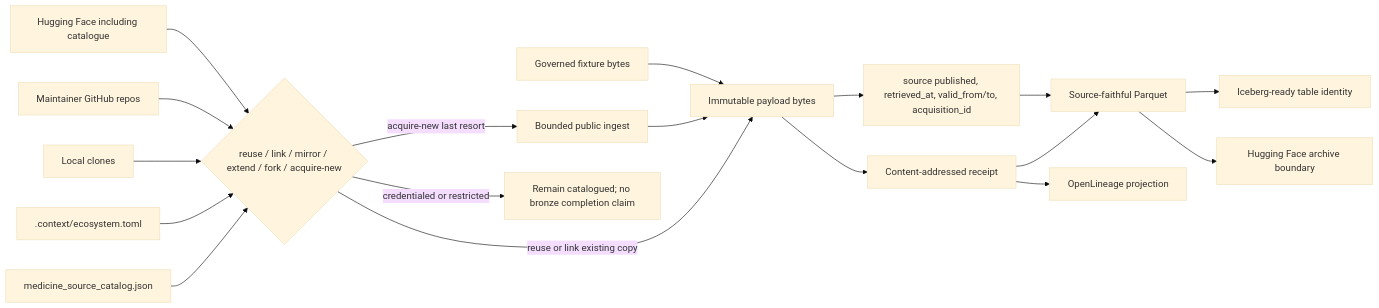
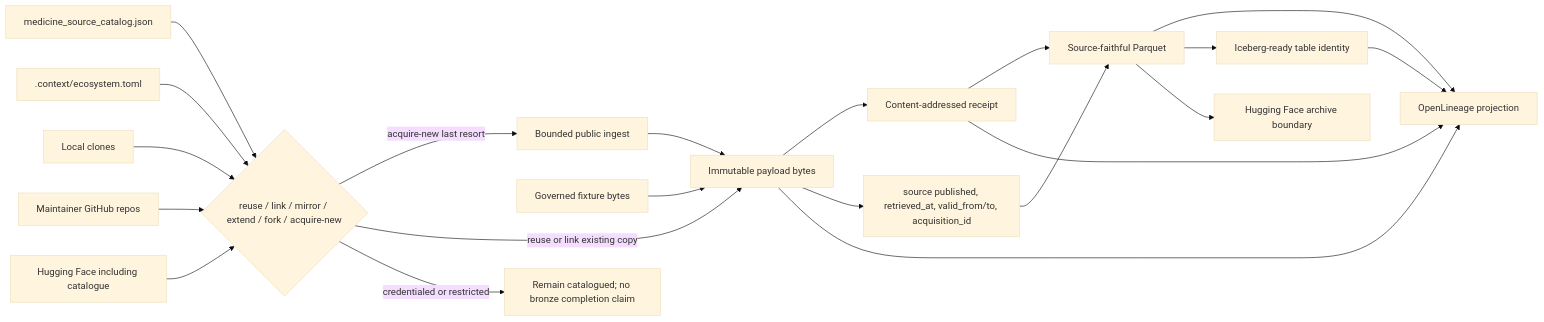
Diagram 16 of 18 in conductor/design.md (edithatogo/global-medicines-atlas), drawn with Mermaid (base theme) before and after one commit. The commit also changed other lines of this file and 10 other files, not shown here.

First line of the commit message:
Keep payload, Parquet, and catalogue as distinct OpenLineage identities.

````diff
--- a/conductor/design.md
+++ b/conductor/design.md
@@ -506,37 +506,40 @@
 ```mermaid
 flowchart LR
     CATALOG["medicine_source_catalog.json"]
     ECO[".context/ecosystem.toml"]
     LOCAL["Local clones"]
     GH["Maintainer GitHub repos"]
     HFSEARCH["Hugging Face including catalogue"]
     GATE{"reuse / link / mirror / extend / fork / acquire-new"}
     FETCH["Bounded public ingest"]
     FIXTURE["Governed fixture bytes"]
     PAYLOAD["Immutable payload bytes"]
     RECEIPT["Content-addressed receipt"]
     TIME["source published, retrieved_at, valid_from/to, acquisition_id"]
     PARQUET["Source-faithful Parquet"]
     OL["OpenLineage projection"]
     ICE["Iceberg-ready table identity"]
     HF["Hugging Face archive boundary"]
     BLOCK["Remain catalogued; no bronze completion claim"]
 
     CATALOG --> GATE
     ECO --> GATE
     LOCAL --> GATE
     GH --> GATE
     HFSEARCH --> GATE
     GATE -->|acquire-new last resort| FETCH
     GATE -->|reuse or link existing copy| PAYLOAD
     GATE -->|credentialed or restricted| BLOCK
     FETCH --> PAYLOAD
     FIXTURE --> PAYLOAD
     PAYLOAD --> RECEIPT
     PAYLOAD --> TIME
     RECEIPT --> PARQUET
     TIME --> PARQUET
     RECEIPT --> OL
+    PAYLOAD --> OL
+    PARQUET --> OL
+    ICE --> OL
     PARQUET --> ICE
     PARQUET --> HF
 ```
````
